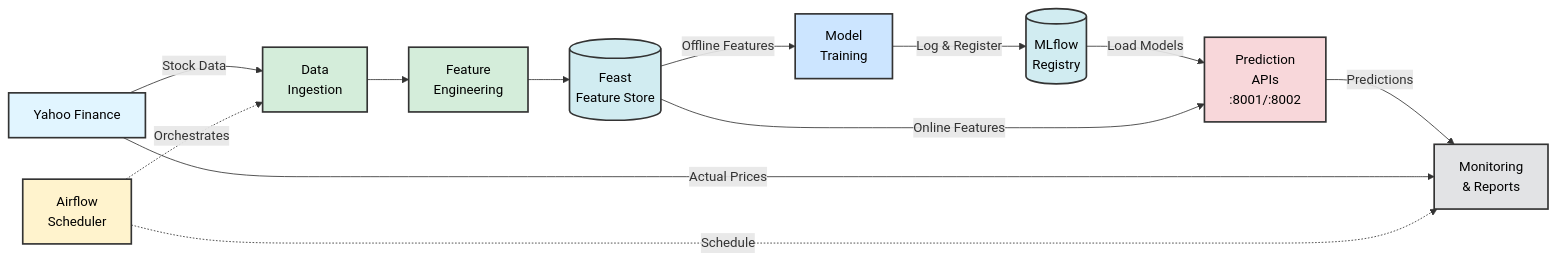
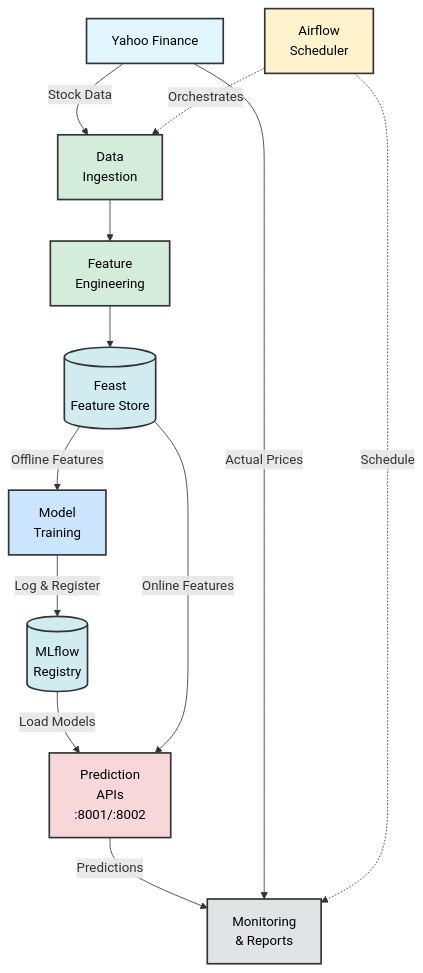
Before and after one commit to gunaxprofessional/End-to-End-stock-prediction--yfinance-: the diagram in README.md, drawn with Mermaid.

Commit message:
docs: Change mermaid diagram layout direction to top-to-bottom in README.

````diff
--- a/README.md
+++ b/README.md
@@ -228,56 +228,56 @@
 ```mermaid
-graph LR
+graph TB
     %% Data Sources
     YF[Yahoo Finance]
     
     %% Orchestration
     AIRFLOW[Airflow<br/>Scheduler]
     
     %% Pipeline Stages
     INGEST[Data<br/>Ingestion]
     FEATURES[Feature<br/>Engineering]
     FEAST[(Feast<br/>Feature Store)]
     
     %% Training
     TRAIN[Model<br/>Training]
     MLFLOW[(MLflow<br/>Registry)]
     
     %% Serving
     API[Prediction<br/>APIs<br/>:8001/:8002]
     
     %% Monitoring
     MONITOR[Monitoring<br/>& Reports]
     
     %% Main Flow
     YF -->|Stock Data| INGEST
     AIRFLOW -.->|Orchestrates| INGEST
     INGEST --> FEATURES
     FEATURES --> FEAST
     
     FEAST -->|Offline Features| TRAIN
     TRAIN -->|Log & Register| MLFLOW
     
     MLFLOW -->|Load Models| API
     FEAST -->|Online Features| API
     
     API -->|Predictions| MONITOR
     YF -->|Actual Prices| MONITOR
     AIRFLOW -.->|Schedule| MONITOR
     
     %% Styling
     classDef source fill:#e1f5ff,stroke:#333,stroke-width:2px,color:black
     classDef orchestration fill:#fff3cd,stroke:#333,stroke-width:2px,color:black
     classDef pipeline fill:#d4edda,stroke:#333,stroke-width:2px,color:black
     classDef storage fill:#d1ecf1,stroke:#333,stroke-width:2px,color:black
     classDef model fill:#cce5ff,stroke:#333,stroke-width:2px,color:black
     classDef serve fill:#f8d7da,stroke:#333,stroke-width:2px,color:black
     classDef monitor fill:#e2e3e5,stroke:#333,stroke-width:2px,color:black
     
     class YF source
     class AIRFLOW orchestration
     class INGEST,FEATURES pipeline
     class FEAST,MLFLOW storage
     class TRAIN model
     class API serve
     class MONITOR monitor
 ```
````
